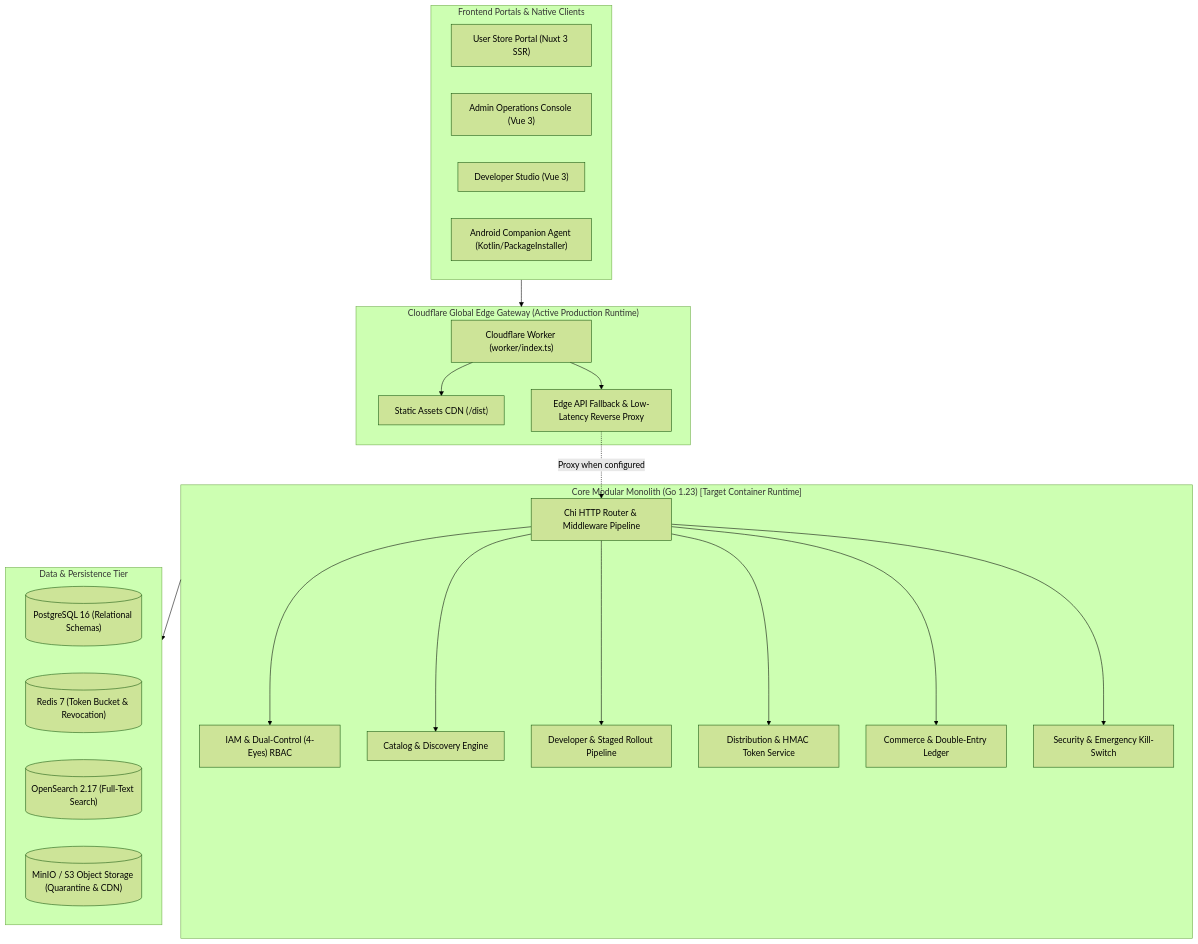
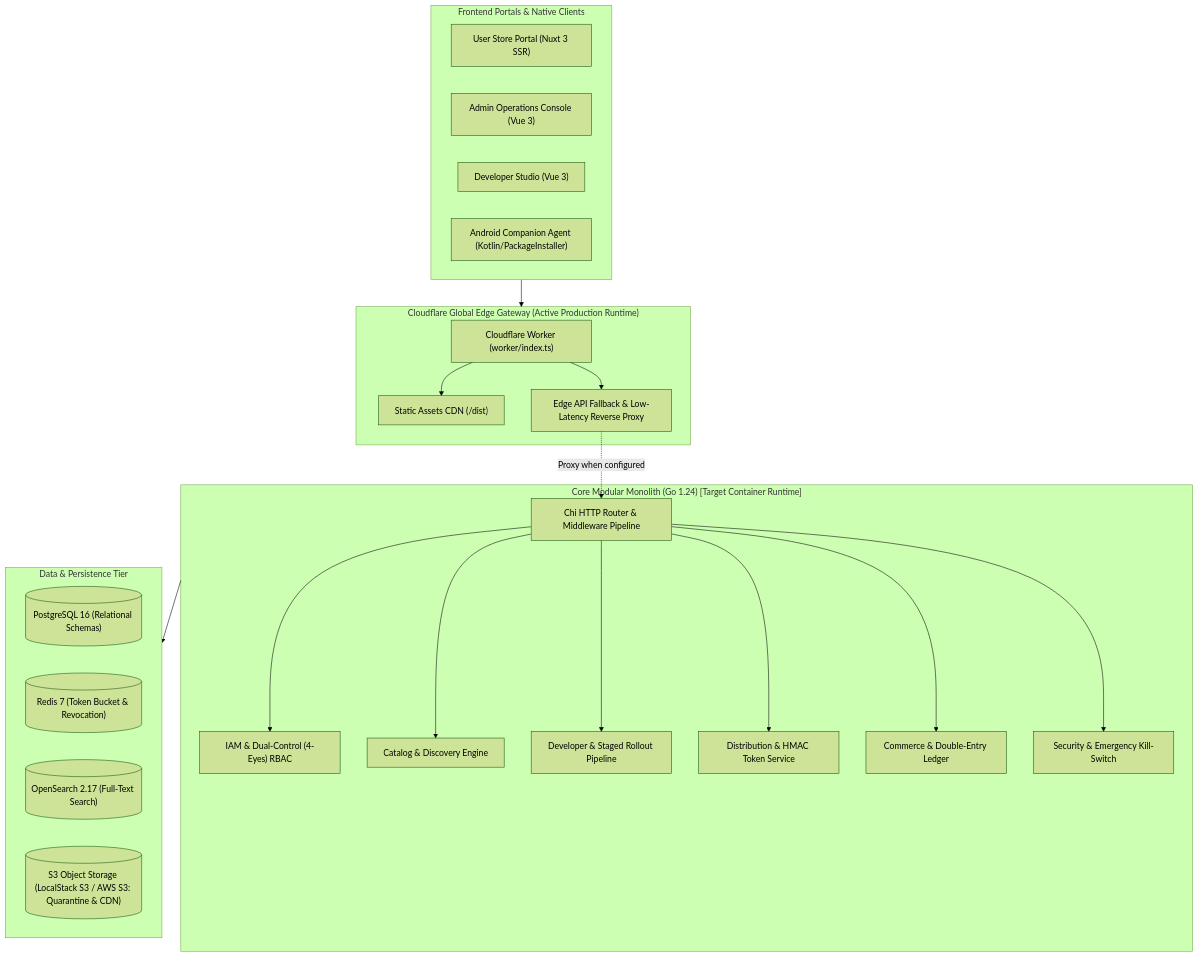
One commit to dnjstjq0824-byte/appmarket changed the diagram in HANDOVER_MANIFESTO.md. Above: the diagram before and after it, drawn with Mermaid (forest theme). The commit also changed other lines of this file and 47 other files, not shown here.

````diff
--- a/HANDOVER_MANIFESTO.md
+++ b/HANDOVER_MANIFESTO.md
@@ -21,44 +21,44 @@
 ```mermaid
 flowchart TD
     subgraph Clients["Frontend Portals & Native Clients"]
         UserStore["User Store Portal (Nuxt 3 SSR)"]
         AdminConsole["Admin Operations Console (Vue 3)"]
         DevStudio["Developer Studio (Vue 3)"]
         AndroidApp["Android Companion Agent (Kotlin/PackageInstaller)"]
     end
 
     subgraph Edge["Cloudflare Global Edge Gateway (Active Production Runtime)"]
         CFWorker["Cloudflare Worker (worker/index.ts)"]
         CFAssets["Static Assets CDN (/dist)"]
         EdgeAPI["Edge API Fallback & Low-Latency Reverse Proxy"]
     end
 
-    subgraph CoreBackend["Core Modular Monolith (Go 1.23) [Target Container Runtime]"]
+    subgraph CoreBackend["Core Modular Monolith (Go 1.24) [Target Container Runtime]"]
         APIGateway["Chi HTTP Router & Middleware Pipeline"]
         IAMModule["IAM & Dual-Control (4-Eyes) RBAC"]
         CatalogModule["Catalog & Discovery Engine"]
         DevModule["Developer & Staged Rollout Pipeline"]
         DistModule["Distribution & HMAC Token Service"]
         CommerceModule["Commerce & Double-Entry Ledger"]
         SecModule["Security & Emergency Kill-Switch"]
     end
 
     subgraph Storage["Data & Persistence Tier"]
         Postgres[("PostgreSQL 16 (Relational Schemas)")]
         RedisCache[("Redis 7 (Token Bucket & Revocation)")]
         OpenSearch[("OpenSearch 2.17 (Full-Text Search)")]
-        MinIOS3[("MinIO / S3 Object Storage (Quarantine & CDN)")]
+        MinIOS3[("S3 Object Storage (LocalStack S3 / AWS S3: Quarantine & CDN)")]
     end
 
     Clients --> Edge
     CFWorker --> CFAssets
     CFWorker --> EdgeAPI
     EdgeAPI -.->|Proxy when configured| APIGateway
     APIGateway --> IAMModule
     APIGateway --> CatalogModule
     APIGateway --> DevModule
     APIGateway --> DistModule
     APIGateway --> CommerceModule
     APIGateway --> SecModule
     CoreBackend --> Storage
 ```
````
